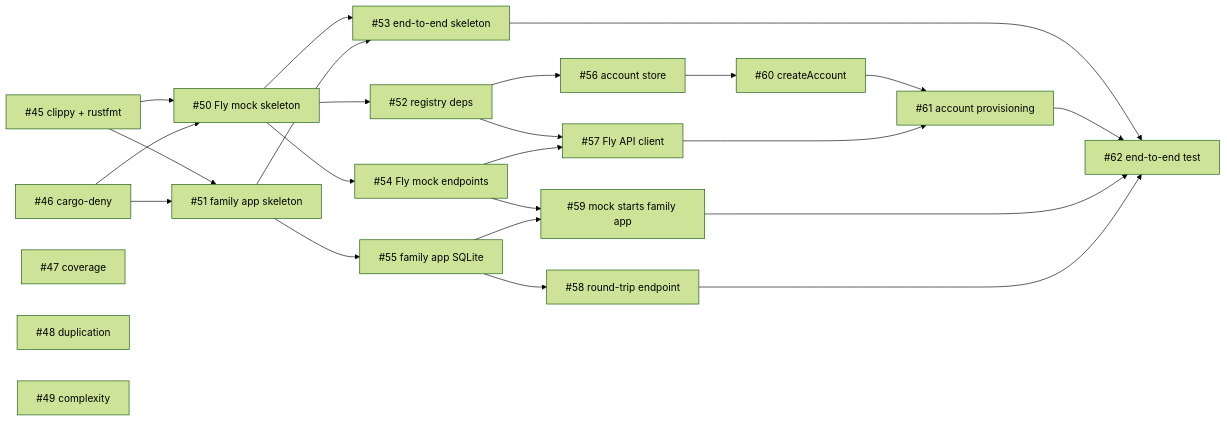
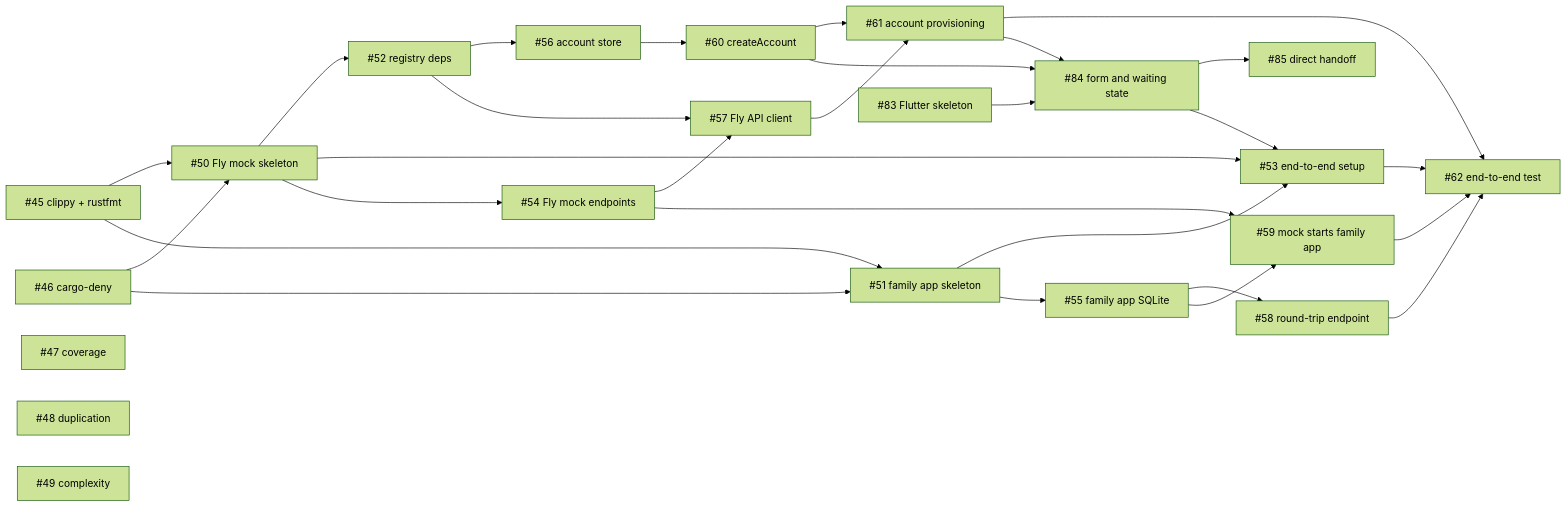
One commit to grantspeelman/family-ai changed the diagram in first-build-pr-sequence.md. Above: the diagram before and after it, drawn with Mermaid (forest theme). The commit also changed other lines of this file, not shown here.

````diff
--- a/first-build-pr-sequence.md
+++ b/first-build-pr-sequence.md
@@ -97,44 +107,52 @@
 ```mermaid
 flowchart LR
     i45["#45 clippy + rustfmt"]
     i46["#46 cargo-deny"]
     i47["#47 coverage"]
     i48["#48 duplication"]
     i49["#49 complexity"]
     i50["#50 Fly mock skeleton"]
     i51["#51 family app skeleton"]
     i52["#52 registry deps"]
-    i53["#53 end-to-end skeleton"]
+    i53["#53 end-to-end setup"]
     i54["#54 Fly mock endpoints"]
     i55["#55 family app SQLite"]
     i56["#56 account store"]
     i57["#57 Fly API client"]
     i58["#58 round-trip endpoint"]
     i59["#59 mock starts family app"]
     i60["#60 createAccount"]
     i61["#61 account provisioning"]
     i62["#62 end-to-end test"]
+    i83["#83 Flutter skeleton"]
+    i84["#84 form and waiting state"]
+    i85["#85 direct handoff"]
 
     i45 --> i50
     i46 --> i50
     i45 --> i51
     i46 --> i51
     i50 --> i52
     i50 --> i53
     i51 --> i53
     i50 --> i54
     i51 --> i55
     i52 --> i56
     i52 --> i57
     i54 --> i57
     i55 --> i58
     i54 --> i59
     i55 --> i59
     i56 --> i60
     i60 --> i61
     i57 --> i61
     i53 --> i62
     i61 --> i62
     i59 --> i62
     i58 --> i62
+    i83 --> i84
+    i60 --> i84
+    i61 --> i84
+    i84 --> i85
+    i84 --> i53
 ```
````
